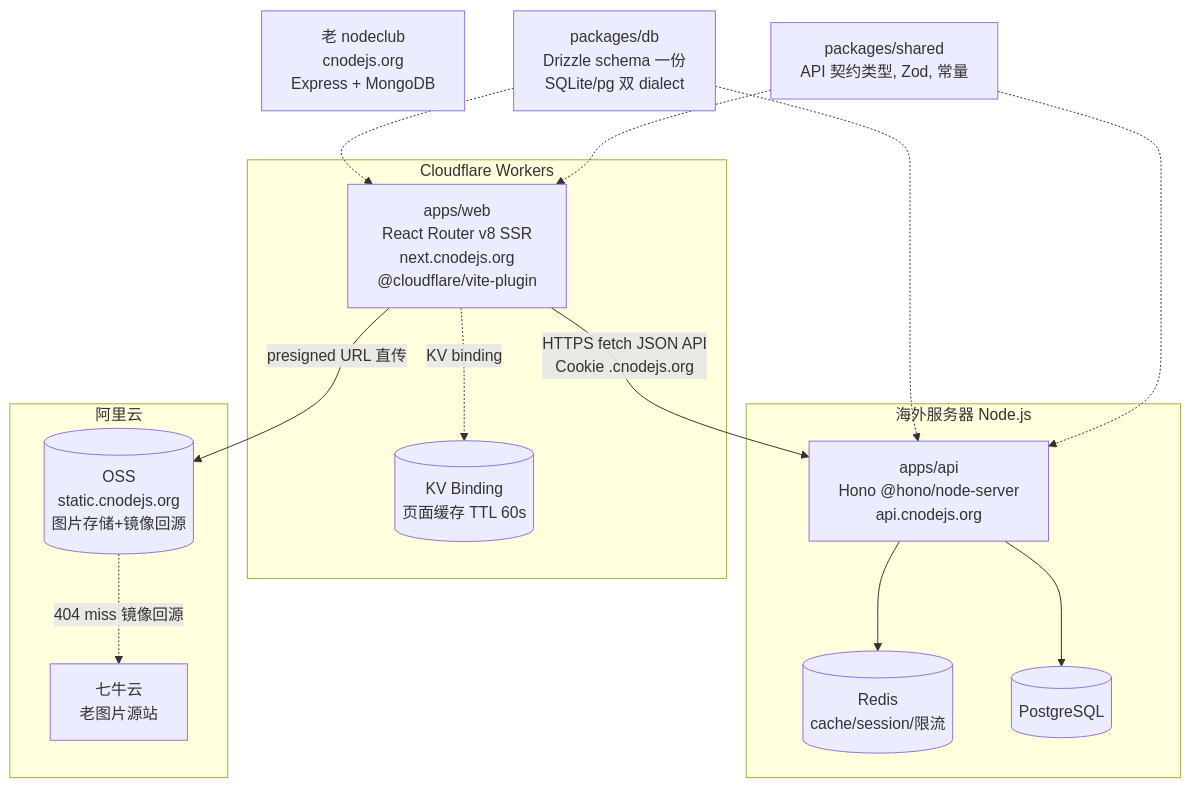
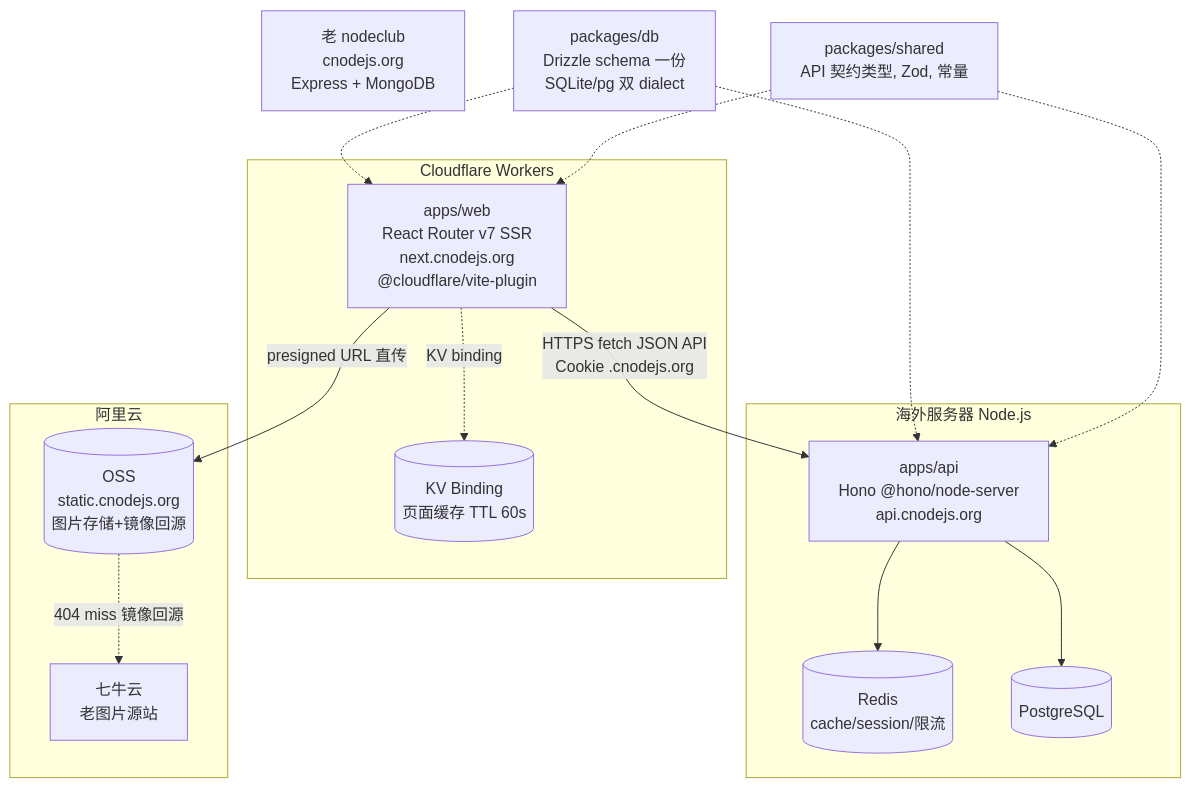
Before and after one commit to cnodejs/cnode-next: the diagram in docs/architecture.md, drawn with Mermaid. The commit also changed other lines of this file and 3 other files, not shown here.

````diff
--- a/docs/architecture.md
+++ b/docs/architecture.md
@@ -7,34 +7,34 @@
 ```mermaid
 graph TB
   subgraph CF [Cloudflare Workers]
-    WEB[apps/web<br/>React Router v8 SSR<br/>next.cnodejs.org<br/>@cloudflare/vite-plugin]
+    WEB[apps/web<br/>React Router v7 SSR<br/>next.cnodejs.org<br/>@cloudflare/vite-plugin]
     KV[(KV Binding<br/>页面缓存 TTL 60s)]
   end
 
   subgraph SERVER [海外服务器 Node.js]
     API[apps/api<br/>Hono @hono/node-server<br/>api.cnodejs.org]
     REDIS[(Redis<br/>cache/session/限流)]
     PG[(PostgreSQL)]
   end
 
   subgraph ALIYUN [阿里云]
     OSS[(OSS<br/>static.cnodejs.org<br/>图片存储+镜像回源)]
     QINIU[七牛云<br/>老图片源站]
   end
 
   OLD[老 nodeclub<br/>cnodejs.org<br/>Express + MongoDB]
 
   WEB -->|HTTPS fetch JSON API<br/>Cookie .cnodejs.org| API
   WEB -.->|KV binding| KV
   WEB -->|presigned URL 直传| OSS
   API --> REDIS
   API --> PG
   OSS -.->|404 miss 镜像回源| QINIU
 
   SHARED[packages/shared<br/>API 契约类型, Zod, 常量]
   DBPKG[packages/db<br/>Drizzle schema 一份<br/>SQLite/pg 双 dialect]
   DBPKG -.-> API
   DBPKG -.-> WEB
   SHARED -.-> API
   SHARED -.-> WEB
 ```
````
